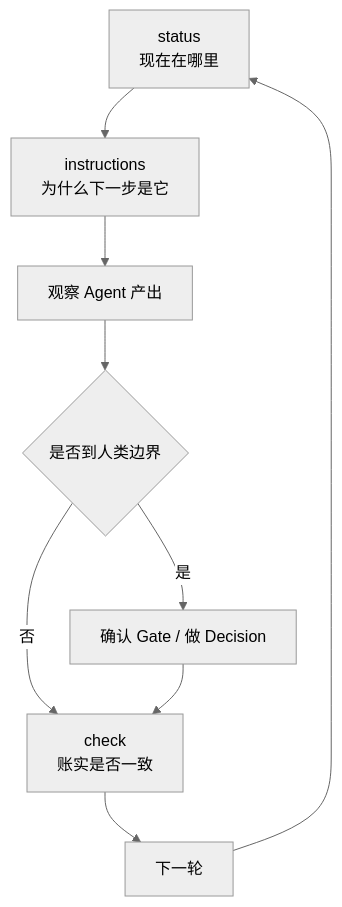
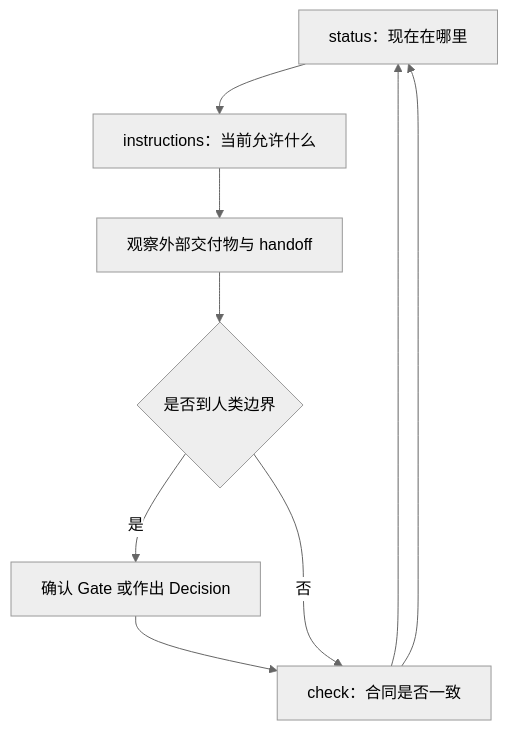
Before and after one commit to leike0813/ResearchSpec: the second of 2 diagrams in playbooks/owner-walkthrough/README.md, drawn with Mermaid (neutral theme). The commit also changed other lines of this file and 6 other files, not shown here.

````diff
--- a/playbooks/owner-walkthrough/README.md
+++ b/playbooks/owner-walkthrough/README.md
@@ -590,19 +268,13 @@
 ```mermaid
 flowchart TD
-    S["status<br/>现在在哪里"]
-    I["instructions<br/>为什么下一步是它"]
-    O["观察 Agent 产出"]
+    S["status：现在在哪里"]
+    I["instructions：当前允许什么"]
+    O["观察外部交付物与 handoff"]
     H{"是否到人类边界"}
-    D["确认 Gate / 做 Decision"]
-    C["check<br/>账实是否一致"]
-    N["下一轮"]
+    D["确认 Gate 或作出 Decision"]
+    C["check：合同是否一致"]
 
-    S --> I
-    I --> O
-    O --> H
-    H -->|否| C
-    H -->|是| D
-    D --> C
-    C --> N
-    N --> S
+    S --> I --> O --> H
+    H -->|是| D --> C --> S
+    H -->|否| C --> S
 ```
````
